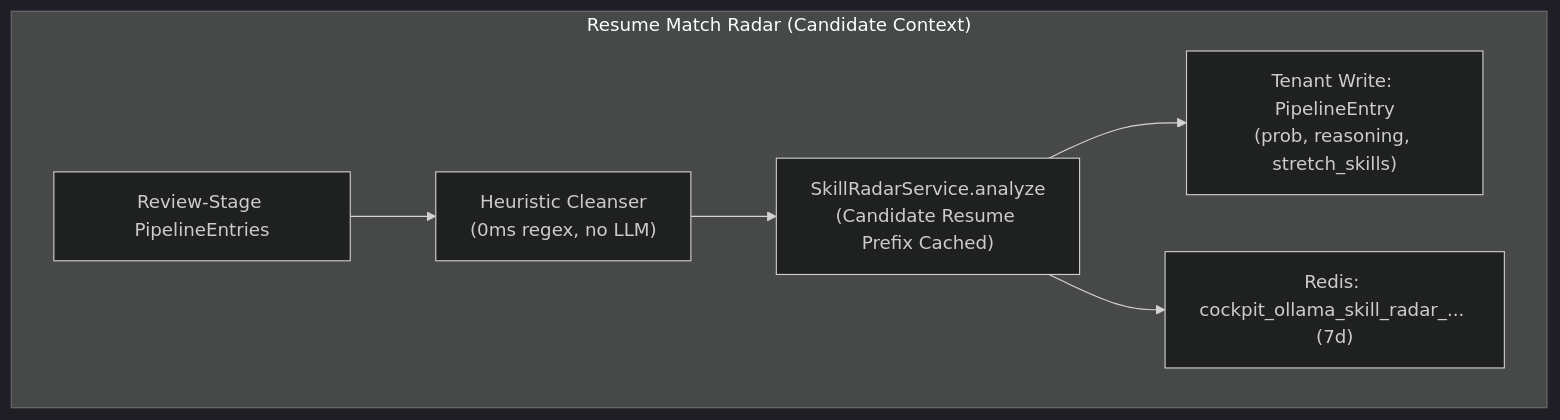
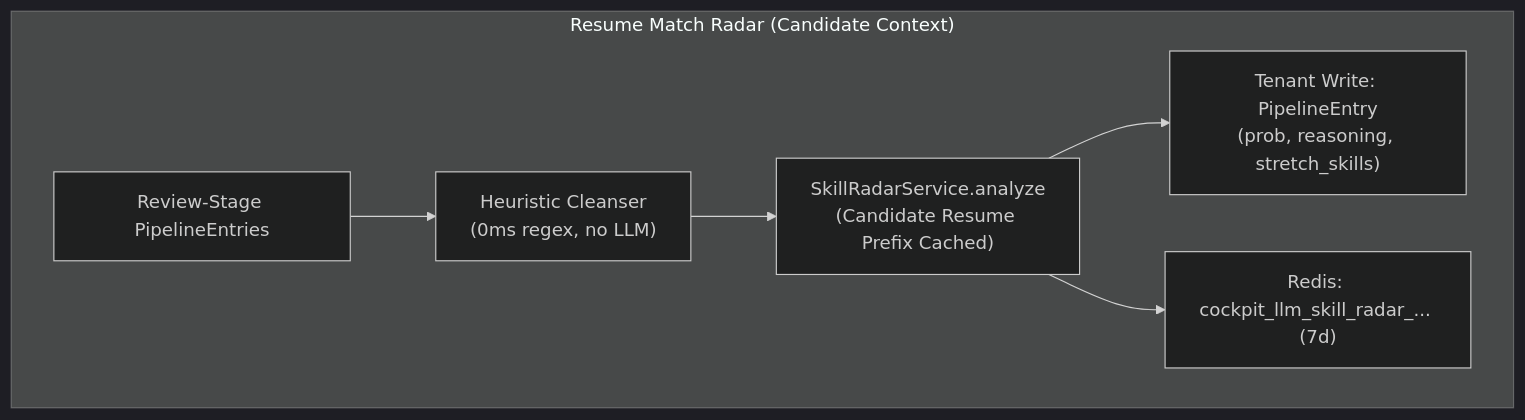
One commit to joedominic/hw changed the second of 2 diagrams in docs/architecture.md. Above: the diagram before and after it, drawn with Mermaid (dark theme). The commit also changed other lines of this file and 45 other files, not shown here.

````diff
--- a/docs/architecture.md
+++ b/docs/architecture.md
@@ -131,9 +131,9 @@
 ```mermaid
 flowchart TD
     subgraph MatchRadar ["Resume Match Radar (Candidate Context)"]
         P_Jobs["Review-Stage PipelineEntries"] --> P_Cleanse["Heuristic Cleanser<br>(0ms regex, no LLM)"]
         P_Cleanse --> P_Ollama["SkillRadarService.analyze<br>(Candidate Resume Prefix Cached)"]
         P_Ollama --> P_DB["Tenant Write: PipelineEntry<br>(prob, reasoning, stretch_skills)"]
-        P_Ollama --> P_Redis["Redis: cockpit_ollama_skill_radar_... (7d)"]
+        P_Ollama --> P_Redis["Redis: cockpit_llm_skill_radar_... (7d)"]
     end
 ```
````
